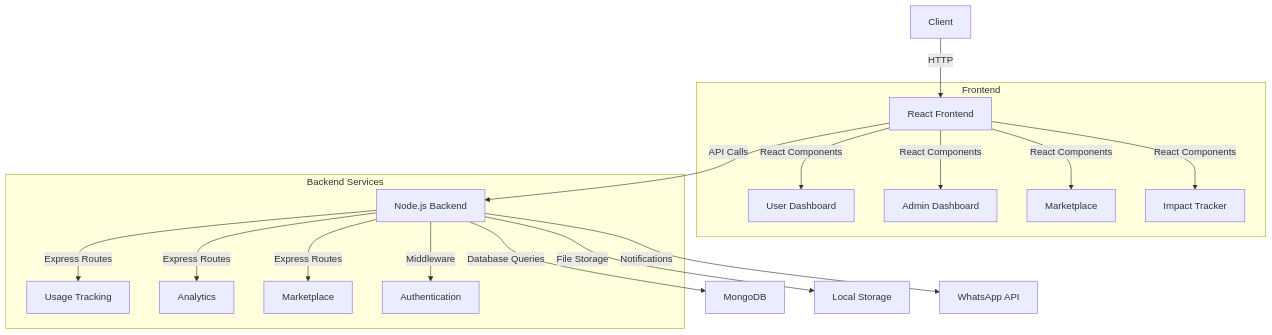
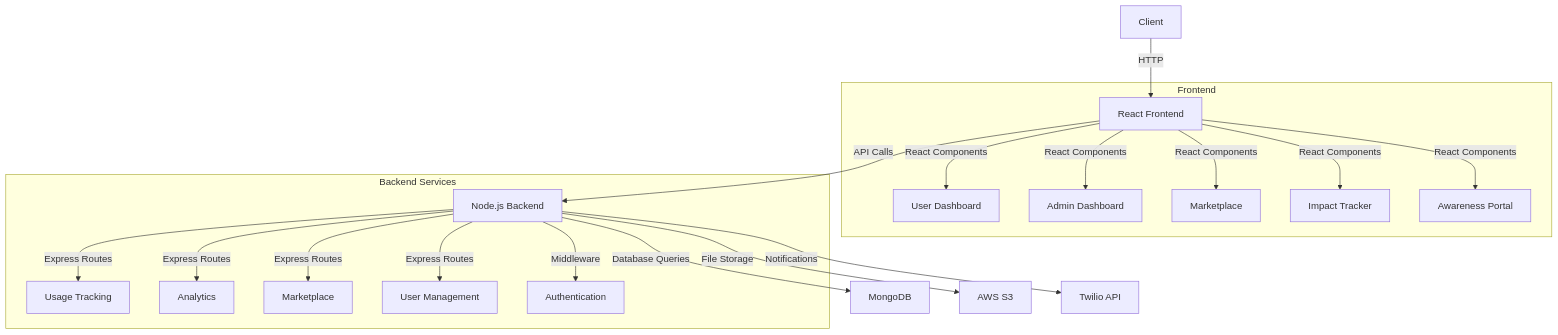
The diagram in README.md (Rudra00codes/Elemental-Coders), drawn with Mermaid before and after one commit. The commit also changed other lines of this file, not shown here.

Commit message:
Update README.md to reflect project architecture and features
- Revised architecture section to accurately represent the sustainable solutions platform.
- Updated frontend components to include the Awareness Portal.
- Changed file storage to AWS S3 and notifications to Twilio API.
- Enhanced backend services with User Management functionality.
- Ensured overall alignment with project goals focused on paper cup usage tracking and sustainability.

````diff
--- a/README.md
+++ b/README.md
@@ -65,22 +65,24 @@
 ```mermaid
 graph TD
     A[Client] -->|HTTP| B[React Frontend]
     B -->|API Calls| C[Node.js Backend]
     C -->|Database Queries| D[MongoDB]
-    C -->|File Storage| E[Local Storage]
-    C -->|Notifications| F[WhatsApp API]
+    C -->|File Storage| E[AWS S3]
+    C -->|Notifications| F[Twilio API]
     
     subgraph Frontend
         B -->|React Components| B1[User Dashboard]
         B -->|React Components| B2[Admin Dashboard]
         B -->|React Components| B3[Marketplace]
         B -->|React Components| B4[Impact Tracker]
+        B -->|React Components| B5[Awareness Portal]
     end
     
     subgraph Backend Services
         C -->|Express Routes| C1[Usage Tracking]
         C -->|Express Routes| C2[Analytics]
         C -->|Express Routes| C3[Marketplace]
-        C -->|Middleware| C4[Authentication]
+        C -->|Express Routes| C4[User Management]
+        C -->|Middleware| C5[Authentication]
     end
 ```
````
